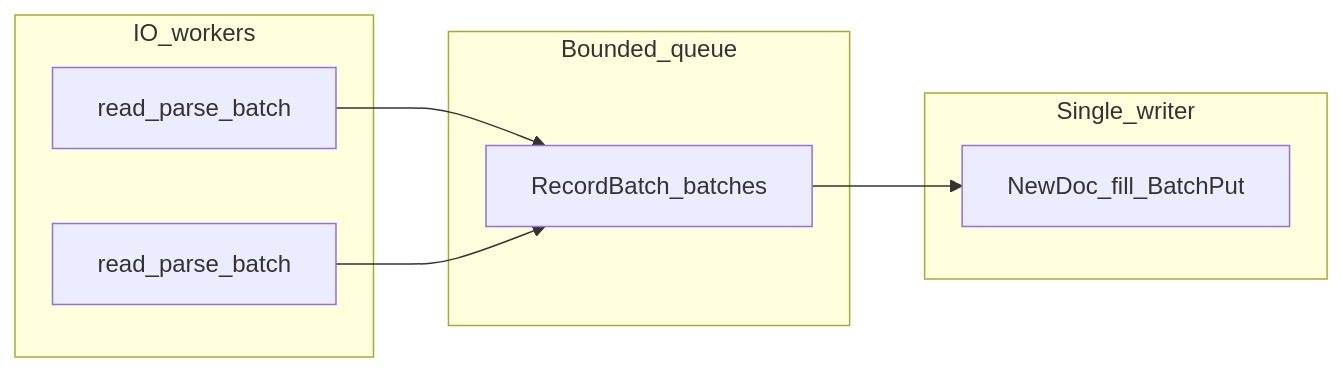
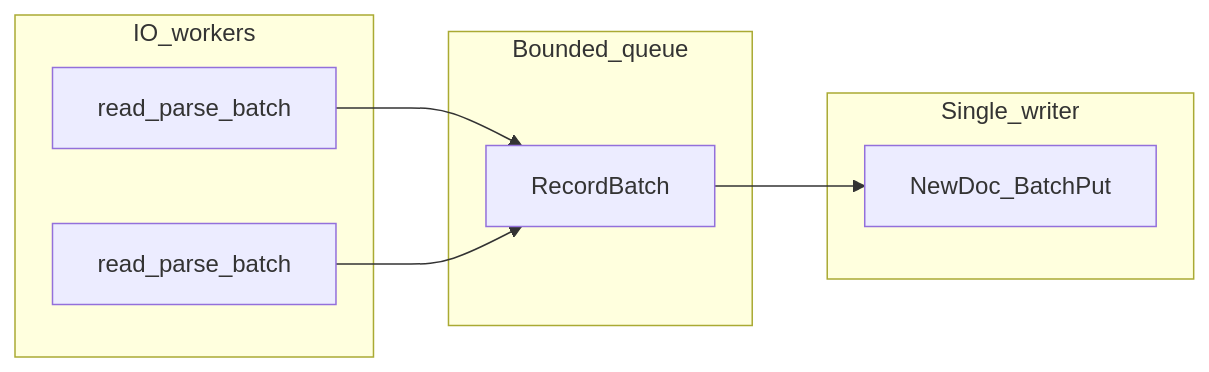
Before and after one commit to tenfer/yikv-server: the diagram in db.md, drawn with Mermaid. The commit also changed other lines of this file and 29 other files, not shown here.

````diff
--- a/db.md
+++ b/db.md
@@ -115,16 +94,16 @@
 ```mermaid
 flowchart LR
   subgraph prod [IO_workers]
     P1[read_parse_batch]
     P2[read_parse_batch]
   end
   subgraph q [Bounded_queue]
-    Q1[RecordBatch_batches]
+    Q1[RecordBatch]
   end
   subgraph w [Single_writer]
-    SW[NewDoc_fill_BatchPut]
+    SW[NewDoc_BatchPut]
   end
   P1 --> Q1
   P2 --> Q1
   Q1 --> SW
 ```
````
